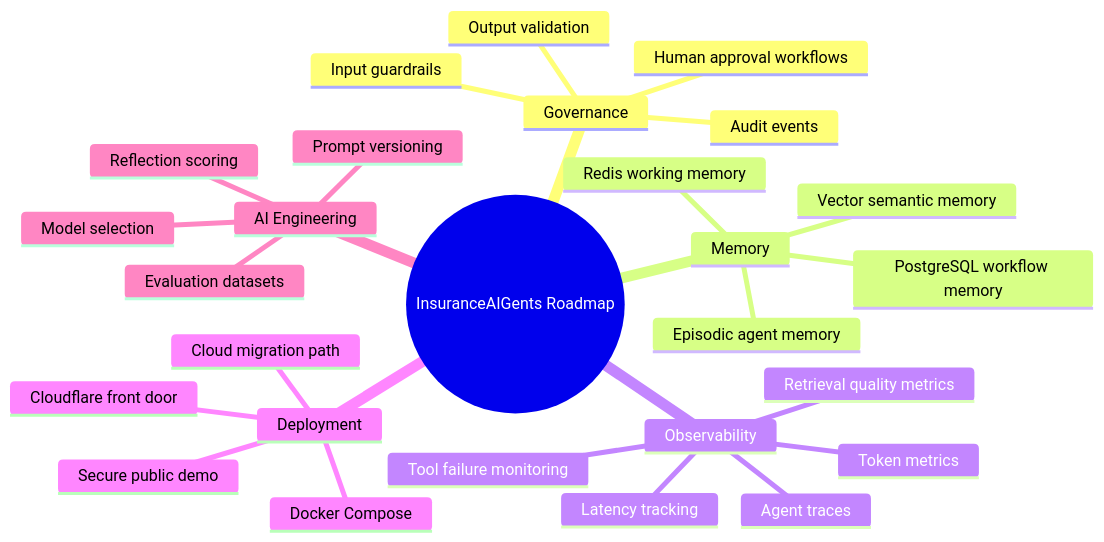
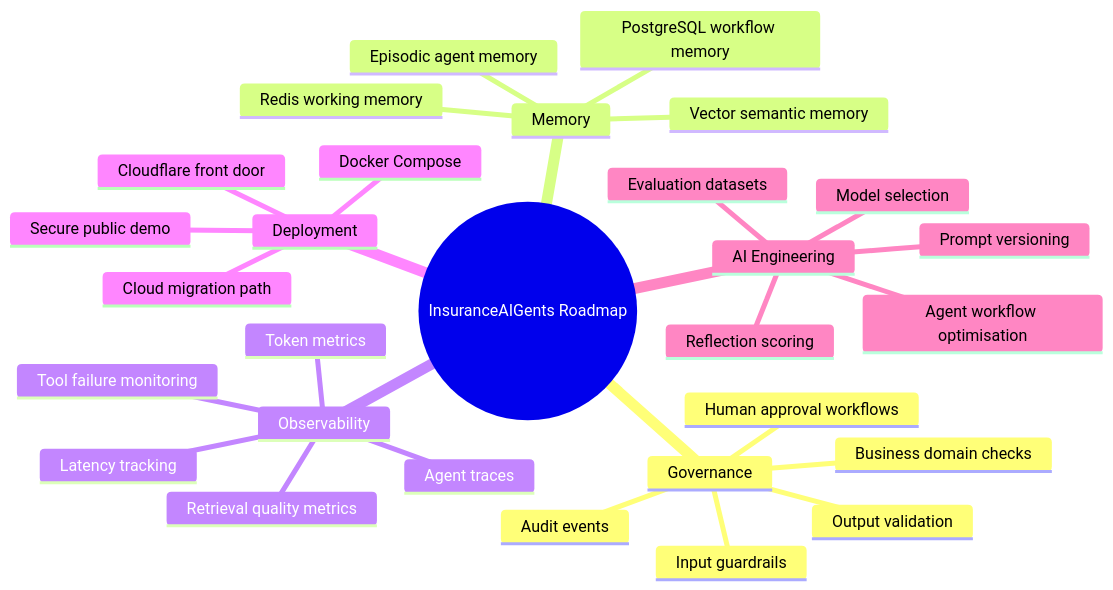
The fourth of 4 diagrams in README.md (SwapnilMundhekar/insurance-aigents.com), drawn with Mermaid before and after one commit. The commit also changed other lines of this file, not shown here.

````diff
--- a/README.md
+++ b/README.md
@@ -352,30 +519,32 @@
 ```mermaid
 mindmap
   root((InsuranceAIGents Roadmap))
     Governance
       Input guardrails
       Output validation
+      Business domain checks
       Human approval workflows
       Audit events
     Memory
       Redis working memory
       PostgreSQL workflow memory
       Vector semantic memory
       Episodic agent memory
     Observability
       Agent traces
       Token metrics
       Latency tracking
       Tool failure monitoring
       Retrieval quality metrics
     Deployment
       Docker Compose
       Cloudflare front door
       Secure public demo
       Cloud migration path
     AI Engineering
       Model selection
       Prompt versioning
       Evaluation datasets
       Reflection scoring
+      Agent workflow optimisation
 ```
````
